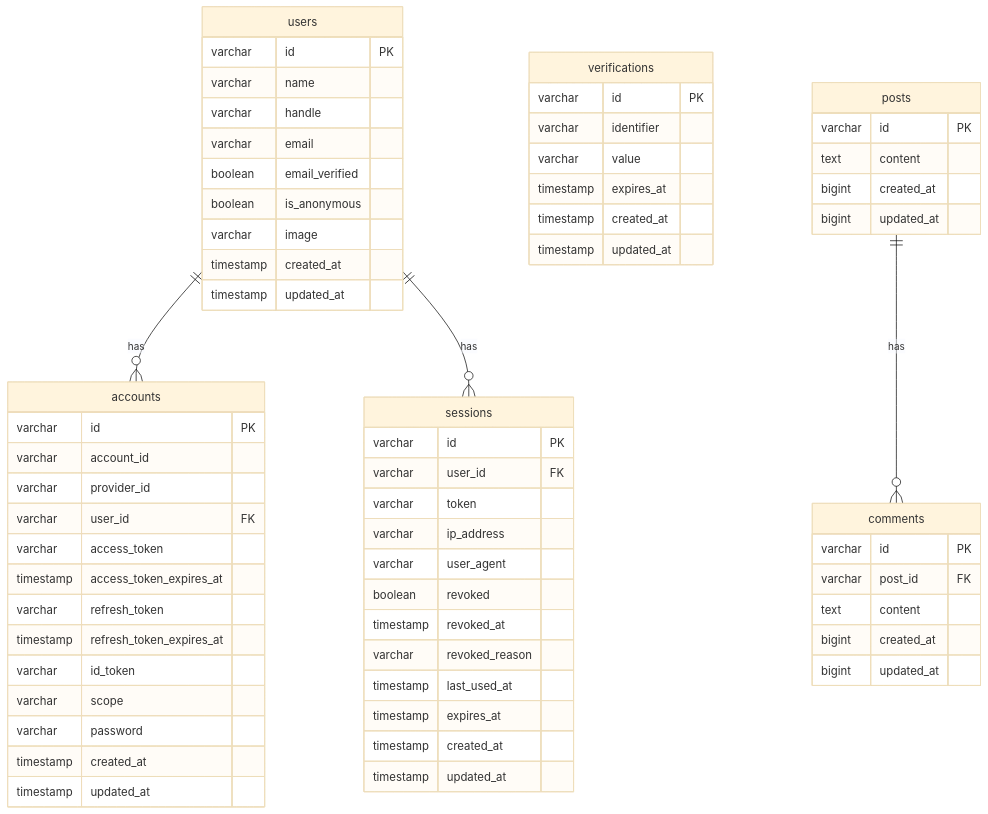
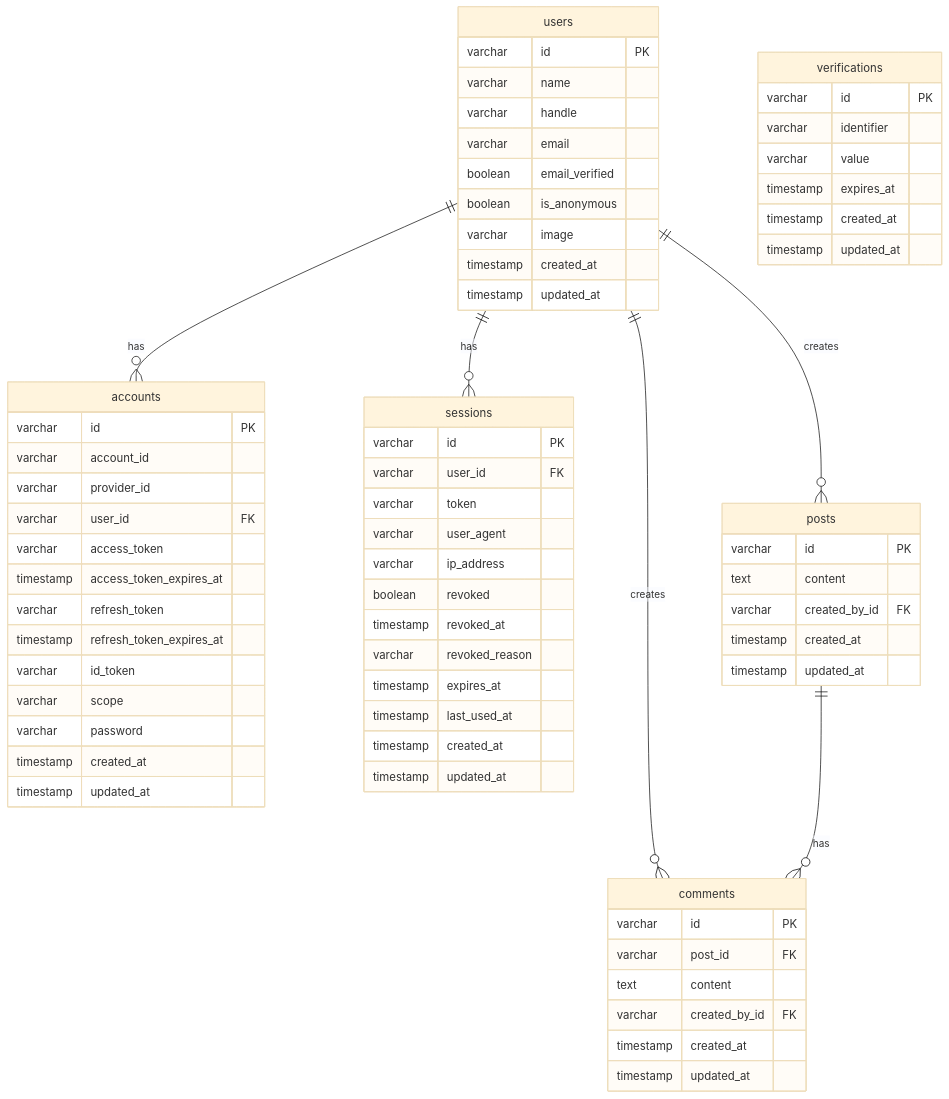
Before and after one commit to feryardiant/learn-bun-elysia: the diagram in database/README.md, drawn with Mermaid (base theme). The commit also changed 1 other file, not shown here.

Commit message:
docs: update documentations (again)

````diff
--- a/database/README.md
+++ b/database/README.md
@@ -3,73 +3,80 @@
 ```mermaid
 erDiagram
+  %% Auth Module
   users {
     varchar id PK
     varchar name
     varchar handle
     varchar email
     boolean email_verified
     boolean is_anonymous
     varchar image
     timestamp created_at
     timestamp updated_at
   }
 
   accounts {
     varchar id PK
     varchar account_id
     varchar provider_id
     varchar user_id FK
     varchar access_token
     timestamp access_token_expires_at
     varchar refresh_token
     timestamp refresh_token_expires_at
     varchar id_token
     varchar scope
     varchar password
     timestamp created_at
     timestamp updated_at
   }
 
   sessions {
     varchar id PK
     varchar user_id FK
     varchar token
+    varchar user_agent
     varchar ip_address
-    varchar user_agent
     boolean revoked
     timestamp revoked_at
     varchar revoked_reason
+    timestamp expires_at
     timestamp last_used_at
-    timestamp expires_at
     timestamp created_at
     timestamp updated_at
   }
 
   verifications {
     varchar id PK
     varchar identifier
     varchar value
     timestamp expires_at
     timestamp created_at
     timestamp updated_at
   }
 
+  %% Feeds Module
   posts {
     varchar id PK
     text content
-    bigint created_at
-    bigint updated_at
+    varchar created_by_id FK
+    timestamp created_at
+    timestamp updated_at
   }
 
   comments {
     varchar id PK
     varchar post_id FK
     text content
-    bigint created_at
-    bigint updated_at
+    varchar created_by_id FK
+    timestamp created_at
+    timestamp updated_at
   }
 
+  %% Relationships
   users ||--o{ accounts : "has"
   users ||--o{ sessions : "has"
+  users ||--o{ posts : "creates"
+  users ||--o{ comments : "creates"
   posts ||--o{ comments : "has"
 ```
````
